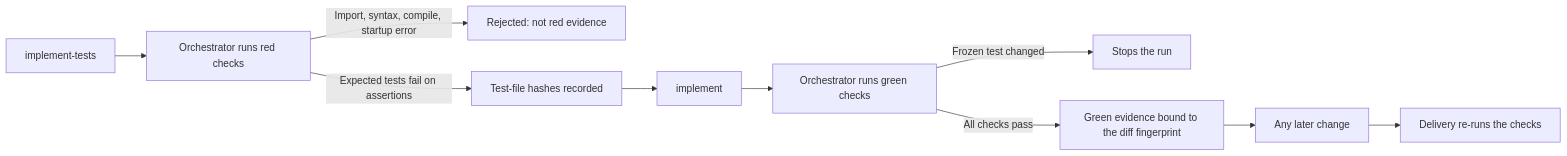
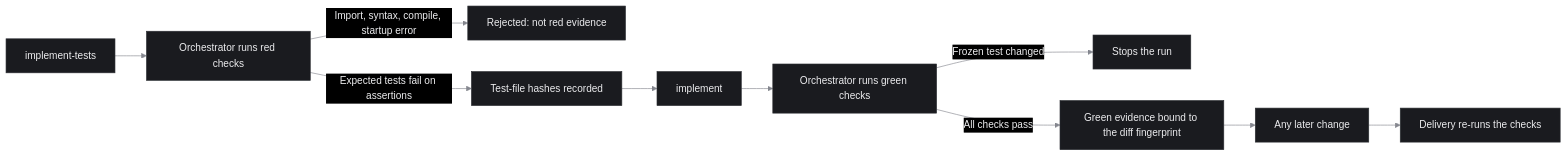
Before and after one commit to MarkoArsov/agent-workflow: the diagram in docs-data/diagrams/evidence-flow.mmd, drawn with Mermaid. The commit also changed 137 other files, not shown here.

```diff
--- a/docs-data/diagrams/evidence-flow.mmd
+++ b/docs-data/diagrams/evidence-flow.mmd
@@ -1,11 +1,12 @@
+%%{init: {"theme":"base","themeVariables":{"darkMode":true,"fontFamily":"Geist","primaryColor":"#1a1b1f","primaryTextColor":"#ececee","primaryBorderColor":"#2c2e33","lineColor":"#85878f","background":"#0e0f11"}}}%%
 %% Red -> frozen -> green evidence flow. Rendered by hand as evidence-flow.html.
 flowchart LR
     A[implement-tests] --> B[Orchestrator runs red checks]
     B -->|Import, syntax, compile, startup error| X[Rejected: not red evidence]
     B -->|Expected tests fail on assertions| C[Test-file hashes recorded]
     C --> D[implement]
     D --> E[Orchestrator runs green checks]
     E -->|Frozen test changed| Y[Stops the run]
     E -->|All checks pass| F[Green evidence bound to the diff fingerprint]
     F --> G[Any later change]
     G --> H[Delivery re-runs the checks]
```
